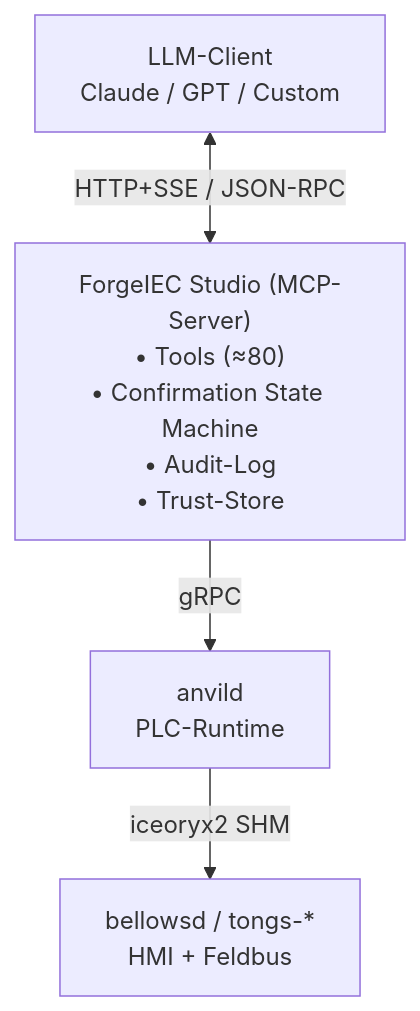
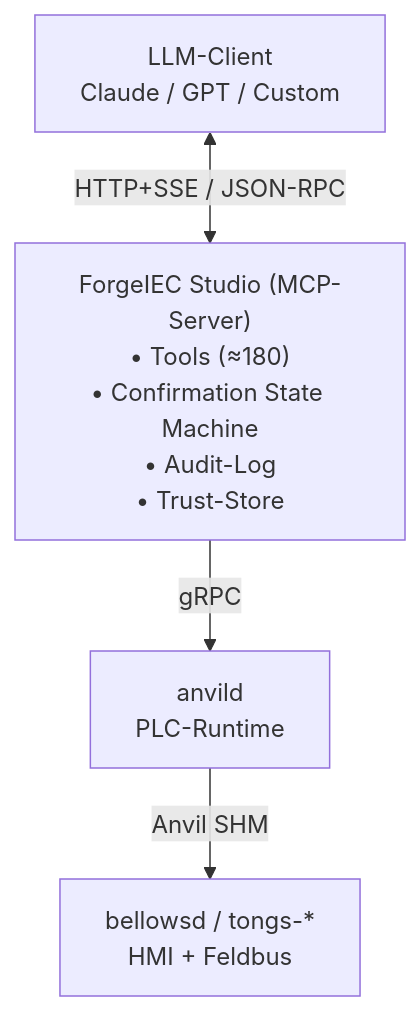
One commit to Beerlesklopfer/forgeiec-website changed the diagram in content/de/help/mcp/_index.md. Above: the diagram before and after it, drawn with Mermaid. The commit also changed 47 other files, not shown here.

````diff
--- a/content/de/help/mcp/_index.md
+++ b/content/de/help/mcp/_index.md
@@ -77,11 +77,11 @@
 ```mermaid
 flowchart TB
     Client[LLM-Client<br/>Claude / GPT / Custom]
-    Studio["ForgeIEC Studio (MCP-Server)<br/>• Tools (≈80)<br/>• Confirmation State Machine<br/>• Audit-Log<br/>• Trust-Store"]
+    Studio["ForgeIEC Studio (MCP-Server)<br/>• Tools (≈180)<br/>• Confirmation State Machine<br/>• Audit-Log<br/>• Trust-Store"]
     anvild[anvild<br/>PLC-Runtime]
     daemons[bellowsd / tongs-*<br/>HMI + Feldbus]
 
     Client <-->|HTTP+SSE / JSON-RPC| Studio
     Studio -->|gRPC| anvild
-    anvild -->|iceoryx2 SHM| daemons
+    anvild -->|Anvil SHM| daemons
 ```
````
